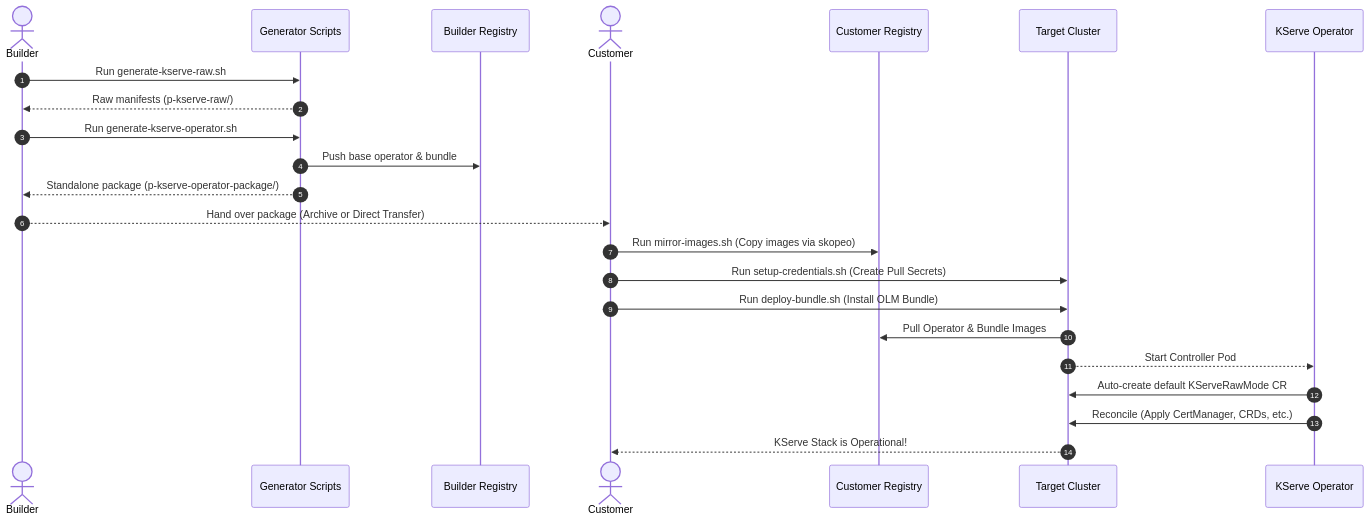
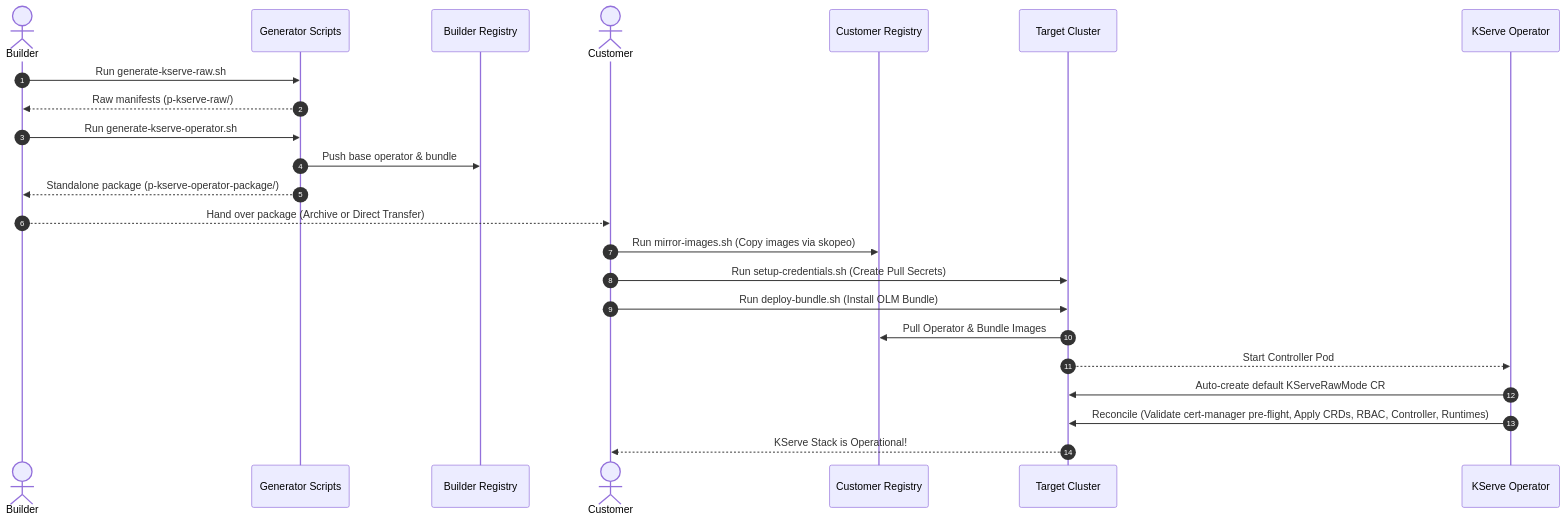
One commit to skyakash/kserve-op changed the fourth of 5 diagrams in architecture-overview.md. Above: the diagram before and after it, drawn with Mermaid. The commit also changed other lines of this file and 4 other files, not shown here.

````diff
--- a/architecture-overview.md
+++ b/architecture-overview.md
@@ -136,30 +136,30 @@
 ```mermaid
 sequenceDiagram
     autonumber
     actor Builder
     participant Script as Generator Scripts
     participant RegBuild as Builder Registry
     actor Customer
     participant RegCust as Customer Registry
     participant K8s as Target Cluster
     participant Operator as KServe Operator
 
     Builder->>Script: Run generate-kserve-raw.sh
     Script-->>Builder: Raw manifests (p-kserve-raw/)
     Builder->>Script: Run generate-kserve-operator.sh
     Script->>RegBuild: Push base operator & bundle
     Script-->>Builder: Standalone package (p-kserve-operator-package/)
     
     Builder-->>Customer: Hand over package (Archive or Direct Transfer)
     
     Customer->>RegCust: Run mirror-images.sh (Copy images via skopeo)
     Customer->>K8s: Run setup-credentials.sh (Create Pull Secrets)
     Customer->>K8s: Run deploy-bundle.sh (Install OLM Bundle)
     
     K8s->>RegCust: Pull Operator & Bundle Images
     K8s-->>Operator: Start Controller Pod
     
     Operator->>K8s: Auto-create default KServeRawMode CR
-    Operator->>K8s: Reconcile (Apply CertManager, CRDs, etc.)
+    Operator->>K8s: Reconcile (Validate cert-manager pre-flight, Apply CRDs, RBAC, Controller, Runtimes)
     K8s-->>Customer: KServe Stack is Operational!
 ```
````
